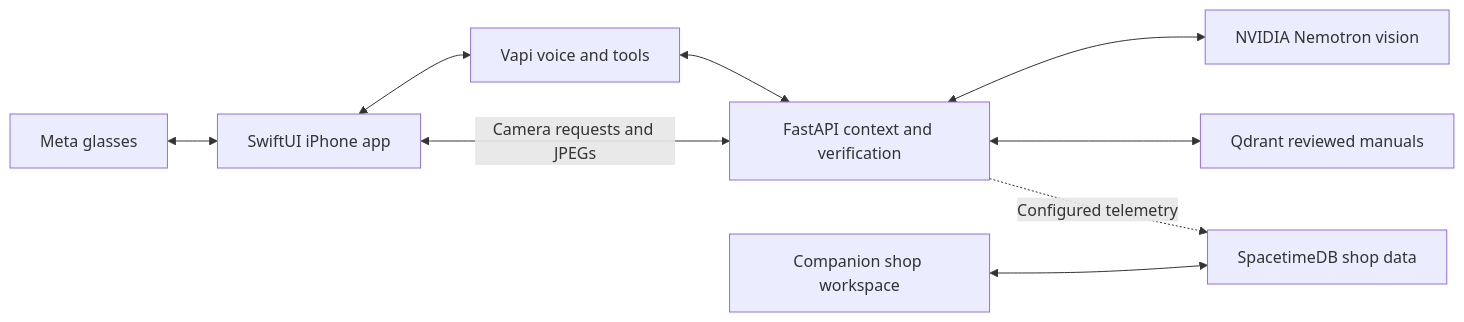
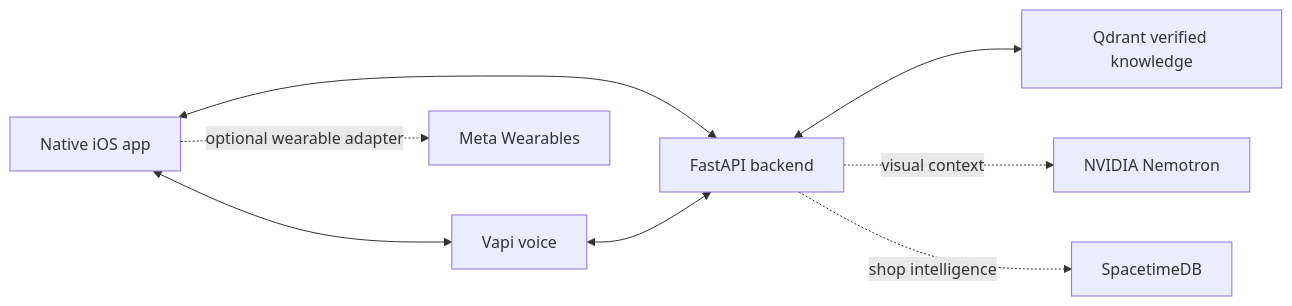
One commit to raghavsaravanan/CARVIS changed the diagram in README.md. Above: the diagram before and after it, drawn with Mermaid. The commit also changed other lines of this file and 87 other files, not shown here.

Commit message:
chore: consolidate repository architecture

````diff
--- a/README.md
+++ b/README.md
@@ -46,11 +12,10 @@
 ```mermaid
 flowchart LR
-    G[Meta glasses] <--> I[SwiftUI iPhone app]
-    I <--> V[Vapi voice and tools]
-    V <--> A[FastAPI context and verification]
-    I <-->|Camera requests and JPEGs| A
-    A <--> N[NVIDIA Nemotron vision]
-    A <--> Q[Qdrant reviewed manuals]
-    A -.->|Configured telemetry| S[SpacetimeDB shop data]
-    W[Companion shop workspace] <--> S
+    I[Native iOS app] <--> V[Vapi voice]
+    I <--> A[FastAPI backend]
+    V <--> A
+    A <--> Q[Qdrant verified knowledge]
+    A -. visual context .-> N[NVIDIA Nemotron]
+    I -. optional wearable adapter .-> M[Meta Wearables]
+    A -. shop intelligence .-> S[SpacetimeDB]
 ```
````
